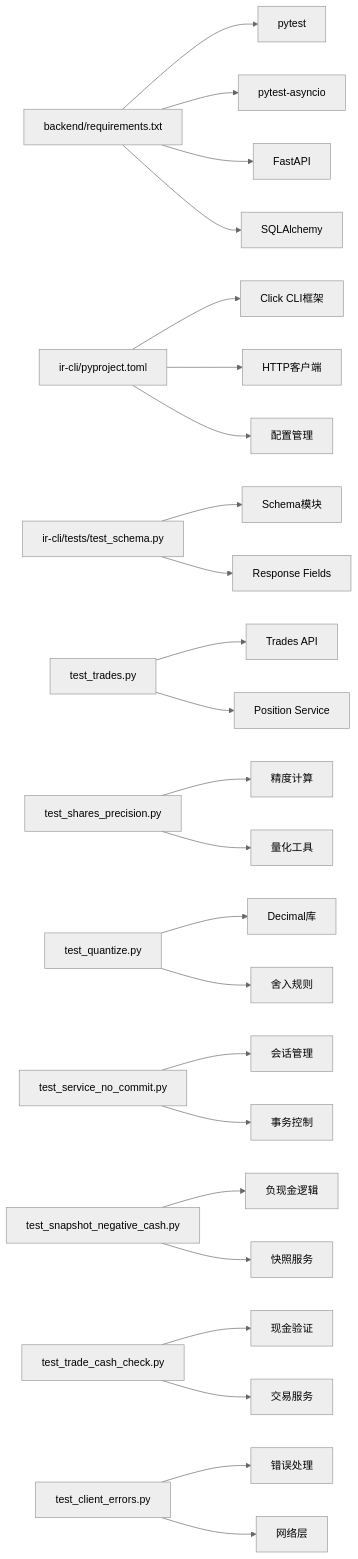
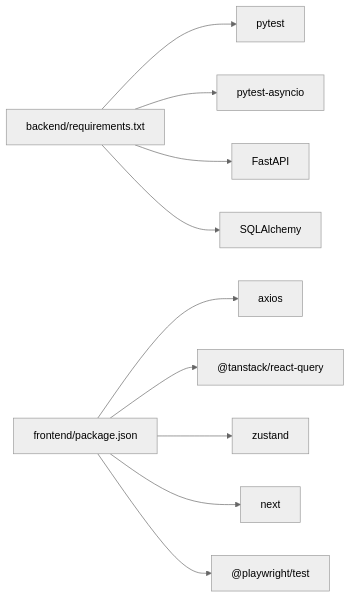
One commit to gujialind/InvestRing changed the tenth of 10 diagrams in .qoder/repowiki/zh/content/开发指南/测试策略/测试策略.md. Above: the diagram before and after it, drawn with Mermaid (neutral theme). The commit also changed other lines of this file and 65 other files, not shown here.

````diff
--- a/.qoder/repowiki/zh/content/开发指南/测试策略/测试策略.md
+++ b/.qoder/repowiki/zh/content/开发指南/测试策略/测试策略.md
@@ -1140,26 +514,12 @@
 ```mermaid
 graph LR
 BReq["backend/requirements.txt"] --> Py["pytest"]
 BReq --> PyA["pytest-asyncio"]
 BReq --> FA["FastAPI"]
 BReq --> SA["SQLAlchemy"]
-CLIReq["ir-cli/pyproject.toml"] --> Click["Click CLI框架"]
-CLIReq --> HTTP["HTTP客户端"]
-CLIReq --> Config["配置管理"]
-SchemaReq["ir-cli/tests/test_schema.py"] --> SchemaMod["Schema模块"]
-SchemaReq --> RF["Response Fields"]
-TradesReq["test_trades.py"] --> TradesAPI["Trades API"]
-TradesReq --> PositionSvc["Position Service"]
-PrecisionReq["test_shares_precision.py"] --> PrecisionCalc["精度计算"]
-PrecisionReq --> QuantizeUtil["量化工具"]
-QuantizeReq["test_quantize.py"] --> DecimalLib["Decimal库"]
-QuantizeReq --> RoundRules["舍入规则"]
-NoCommitReq["test_service_no_commit.py"] --> SessionMgr["会话管理"]
-NoCommitReq --> TransactionCtrl["事务控制"]
-NegCashReq["test_snapshot_negative_cash.py"] --> NegCashLogic["负现金逻辑"]
-NegCashReq --> SnapshotSvc["快照服务"]
-CashCheckReq["test_trade_cash_check.py"] --> CashValidation["现金验证"]
-CashCheckReq --> TradeSvc["交易服务"]
-ErrHandleReq["test_client_errors.py"] --> ErrorHandling["错误处理"]
-ErrHandleReq --> NetworkLayer["网络层"]
+FPkg["frontend/package.json"] --> AX["axios"]
+FPkg --> RQ["@tanstack/react-query"]
+FPkg --> ZU["zustand"]
+FPkg --> NX["next"]
+FPkg --> PW["@playwright/test"]
 ```
````
